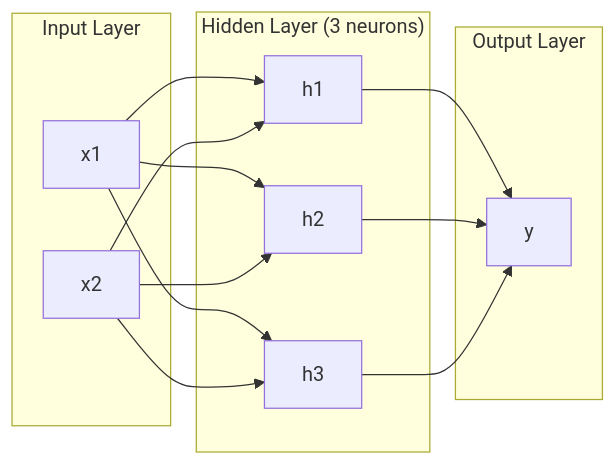
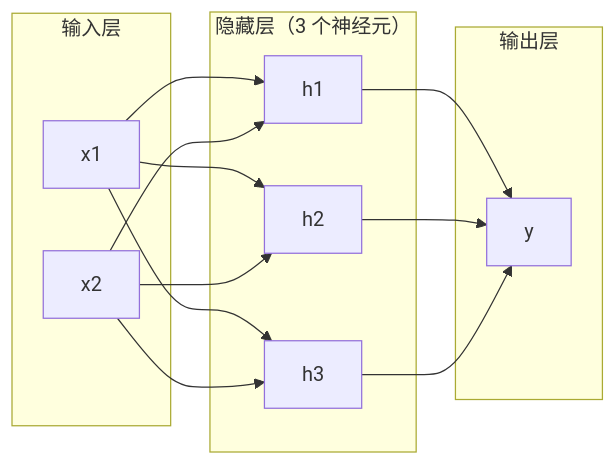
Before and after one commit to alessandrodinisio-ai/ai-engineering-learning-framework: the first of 3 diagrams in phases/03-deep-learning-core/02-multi-layer-networks/docs/zh.md, drawn with Mermaid. The commit also changed other lines of this file and 120 other files, not shown here.

First line of the commit message:
i18n(mermaid): 337 个 mermaid 图表标签中文化

````diff
--- a/phases/03-deep-learning-core/02-multi-layer-networks/docs/zh.md
+++ b/phases/03-deep-learning-core/02-multi-layer-networks/docs/zh.md
@@ -39,24 +39,24 @@
 ```mermaid
 graph LR
-    subgraph Input["Input Layer"]
+    subgraph Input["输入层"]
         x1["x1"]
         x2["x2"]
     end
-    subgraph Hidden["Hidden Layer (3 neurons)"]
+    subgraph Hidden["隐藏层（3 个神经元）"]
         h1["h1"]
         h2["h2"]
         h3["h3"]
     end
-    subgraph Output["Output Layer"]
+    subgraph Output["输出层"]
         y["y"]
     end
     x1 --> h1
     x1 --> h2
     x1 --> h3
     x2 --> h1
     x2 --> h2
     x2 --> h3
     h1 --> y
     h2 --> y
     h3 --> y
 ```
````
